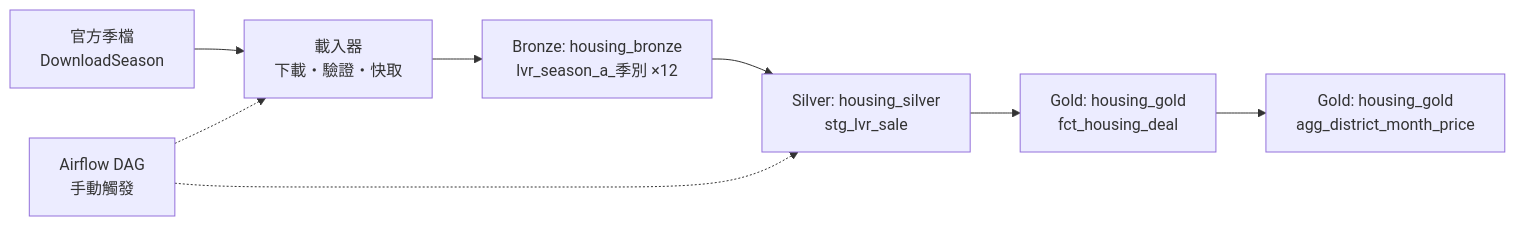
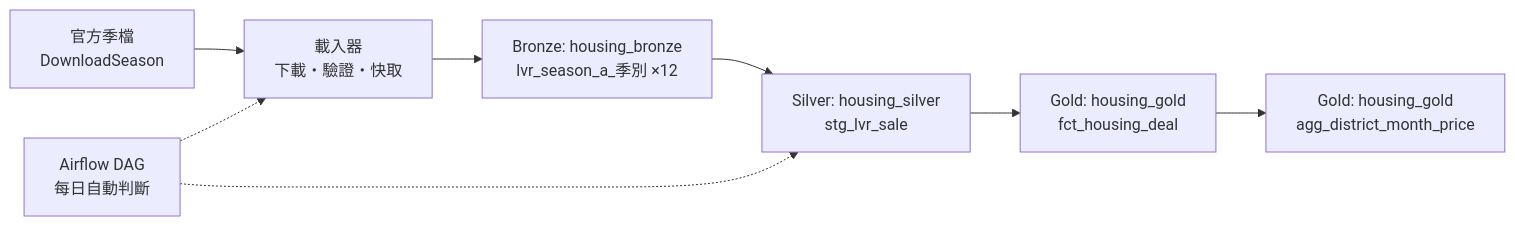
The diagram in README.md (chengpeter88/taiwan-housing-pipeline), drawn with Mermaid before and after one commit. The commit also changed other lines of this file and 9 other files, not shown here.

````diff
--- a/README.md
+++ b/README.md
@@ -9,10 +9,10 @@
 ```mermaid
 flowchart LR
     A[官方季檔<br>DownloadSeason] --> B[載入器<br>下載・驗證・快取]
     B --> C[Bronze: housing_bronze<br>lvr_season_a_季別 ×12]
     C --> D[Silver: housing_silver<br>stg_lvr_sale]
     D --> E[Gold: housing_gold<br>fct_housing_deal]
     E --> F[Gold: housing_gold<br>agg_district_month_price]
-    G[Airflow DAG<br>手動觸發] -.-> B
+    G[Airflow DAG<br>每日自動判斷] -.-> B
     G -.-> D
 ```
````
